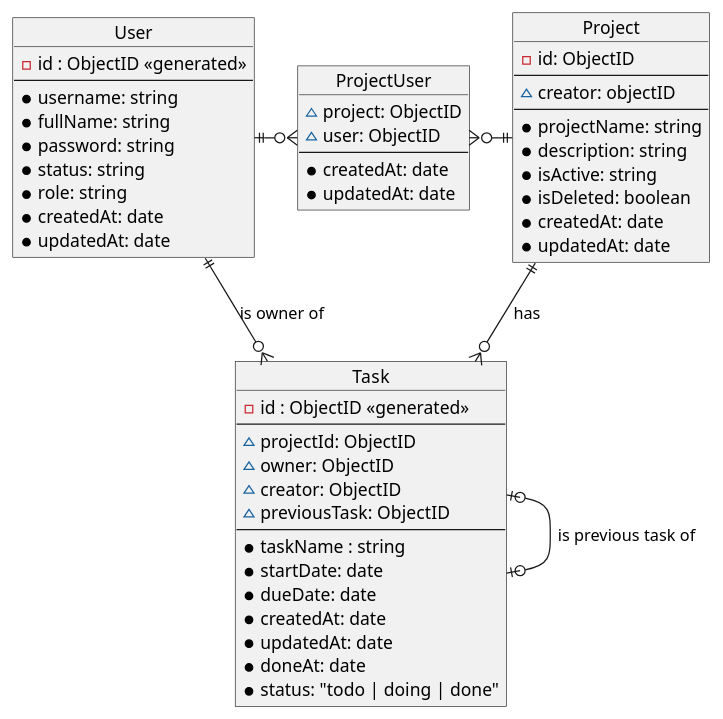
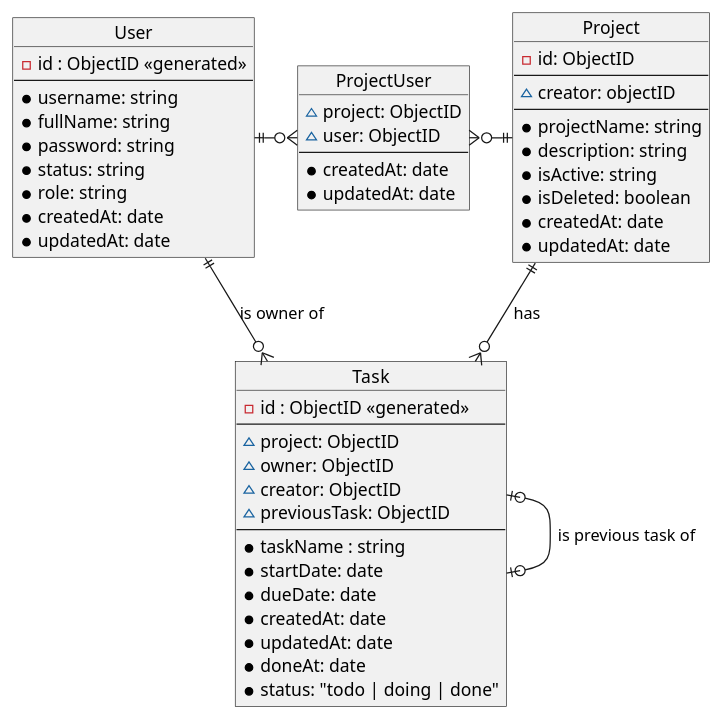
The diagram in docs/ERD.plantuml (felixnguyen678/project-todo-app-lb4), drawn with PlantUML before and after one commit. The commit also changed 4 other files, not shown here.

```diff
--- a/docs/ERD.plantuml
+++ b/docs/ERD.plantuml
@@ -1,58 +1,58 @@
 @startuml ERD
 
 object Task {
   -id : ObjectID <<generated>>
   --
-  ~projectId: ObjectID
+  ~project: ObjectID
   ~owner: ObjectID
   ~creator: ObjectID
   ~previousTask: ObjectID
   --
   *taskName : string
   *startDate: date
   *dueDate: date
   *createdAt: date
   *updatedAt: date
   *doneAt: date
   *status: "todo | doing | done"
 }
 
 object Project {
   -id: ObjectID
   --
   ~creator: objectID
   --
   *projectName: string
   *description: string
   *isActive: string
   *isDeleted: boolean
   *createdAt: date
   *updatedAt: date
 }
 
 object User {
   -id : ObjectID <<generated>>
   --
   *username: string
   *fullName: string
   *password: string
   *status: string
   *role: string
   *createdAt: date
   *updatedAt: date
 }
 object ProjectUser {
   ~project: ObjectID
   ~user: ObjectID
   --
   *createdAt: date
   *updatedAt: date
 }
 
 User ||-right-o{ ProjectUser
 ProjectUser }o-right-|| Project
 Project||--o{ Task: has
 User ||-down-o{ Task: is owner of
 Task |o--o| Task: is previous task of
 
 @enduml
```
